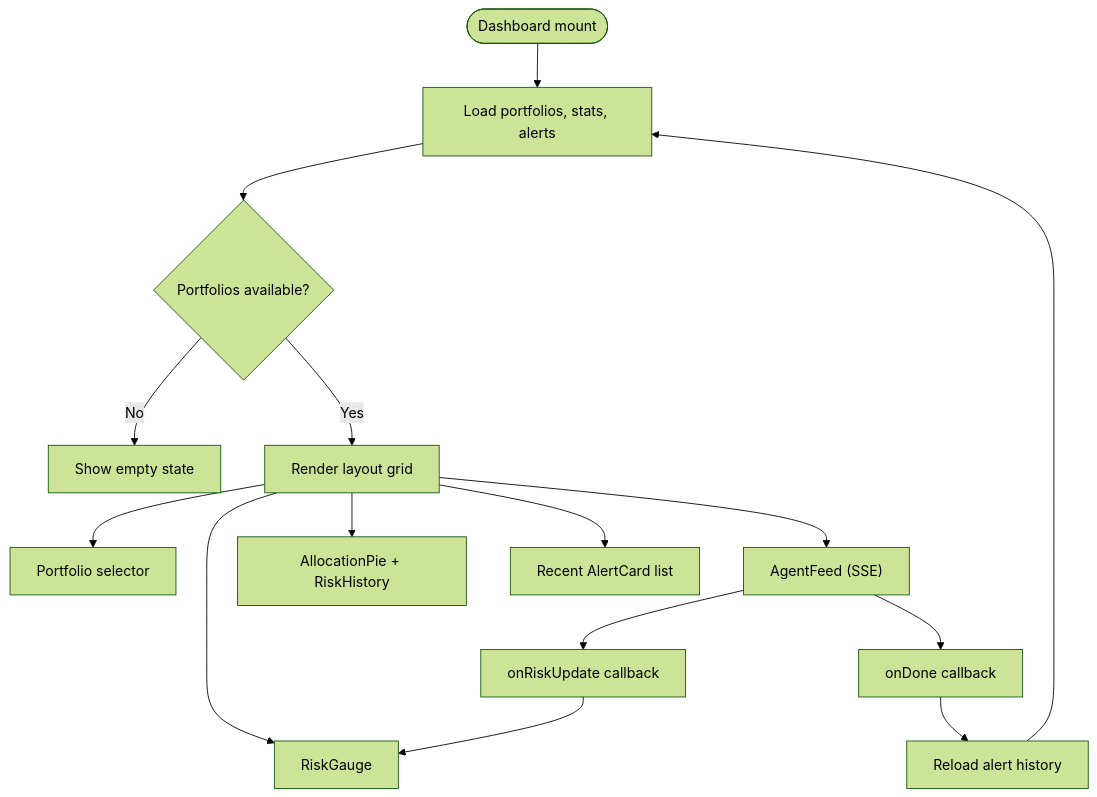
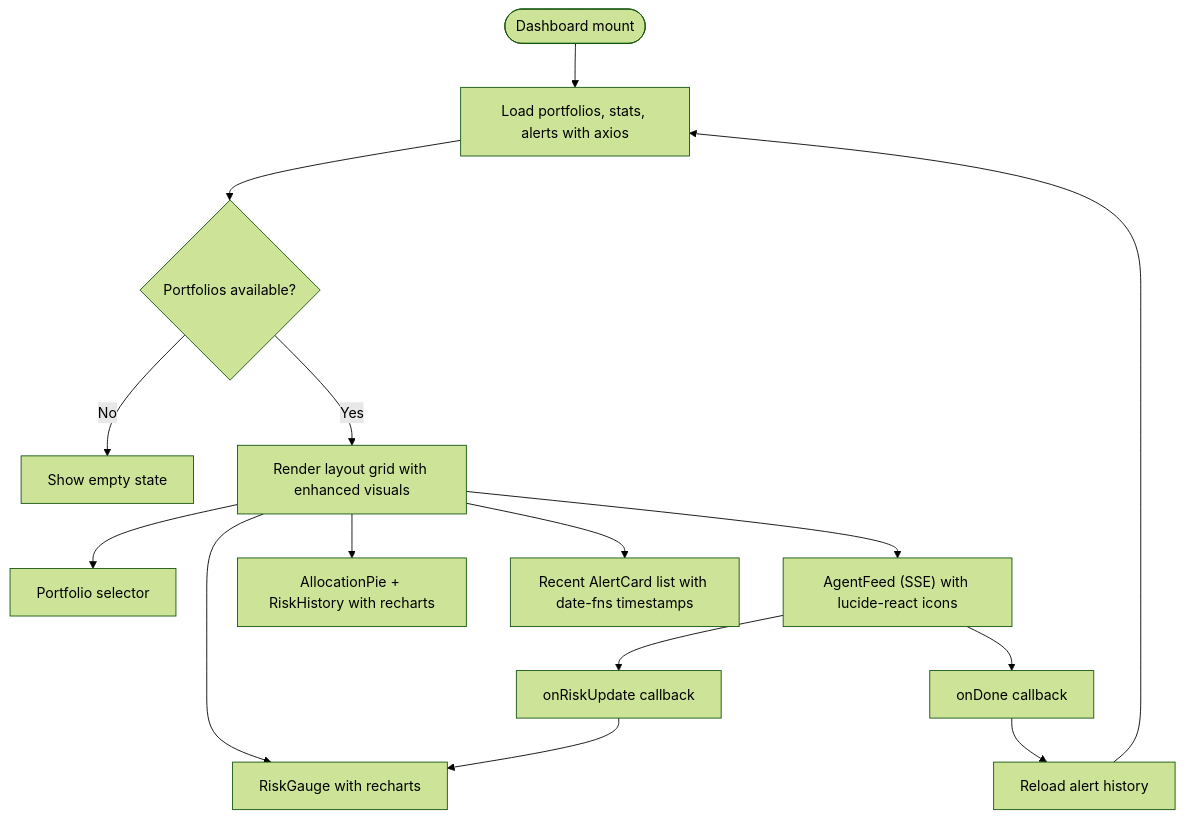
One commit to ishwarambare/ishwarambare-app changed the seventh of 10 diagrams in .qoder/repowiki/en/content/Frontend Architecture/React Application Structure.md. Above: the diagram before and after it, drawn with Mermaid (forest theme). The commit also changed other lines of this file and 4 other files, not shown here.

First line of the commit message:
test(alerts): add comprehensive testing framework for alert delivery and pipeline

````diff
--- a/.qoder/repowiki/en/content/Frontend Architecture/React Application Structure.md
+++ b/.qoder/repowiki/en/content/Frontend Architecture/React Application Structure.md
@@ -296,17 +340,17 @@
 ```mermaid
 flowchart TD
-Start(["Dashboard mount"]) --> Load["Load portfolios, stats, alerts"]
+Start(["Dashboard mount"]) --> Load["Load portfolios, stats, alerts with axios"]
 Load --> HasPortfolios{"Portfolios available?"}
 HasPortfolios --> |No| EmptyState["Show empty state"]
-HasPortfolios --> |Yes| Render["Render layout grid"]
+HasPortfolios --> |Yes| Render["Render layout grid with enhanced visuals"]
 Render --> Selector["Portfolio selector"]
-Render --> Feed["AgentFeed (SSE)"]
-Render --> Gauge["RiskGauge"]
-Render --> Charts["AllocationPie + RiskHistory"]
-Render --> Alerts["Recent AlertCard list"]
+Render --> Feed["AgentFeed (SSE) with lucide-react icons"]
+Render --> Gauge["RiskGauge with recharts"]
+Render --> Charts["AllocationPie + RiskHistory with recharts"]
+Render --> Alerts["Recent AlertCard list with date-fns timestamps"]
 Feed --> OnRisk["onRiskUpdate callback"]
 Feed --> OnDone["onDone callback"]
 OnRisk --> Gauge
 OnDone --> Reload["Reload alert history"]
 Reload --> Load
 ```
````
